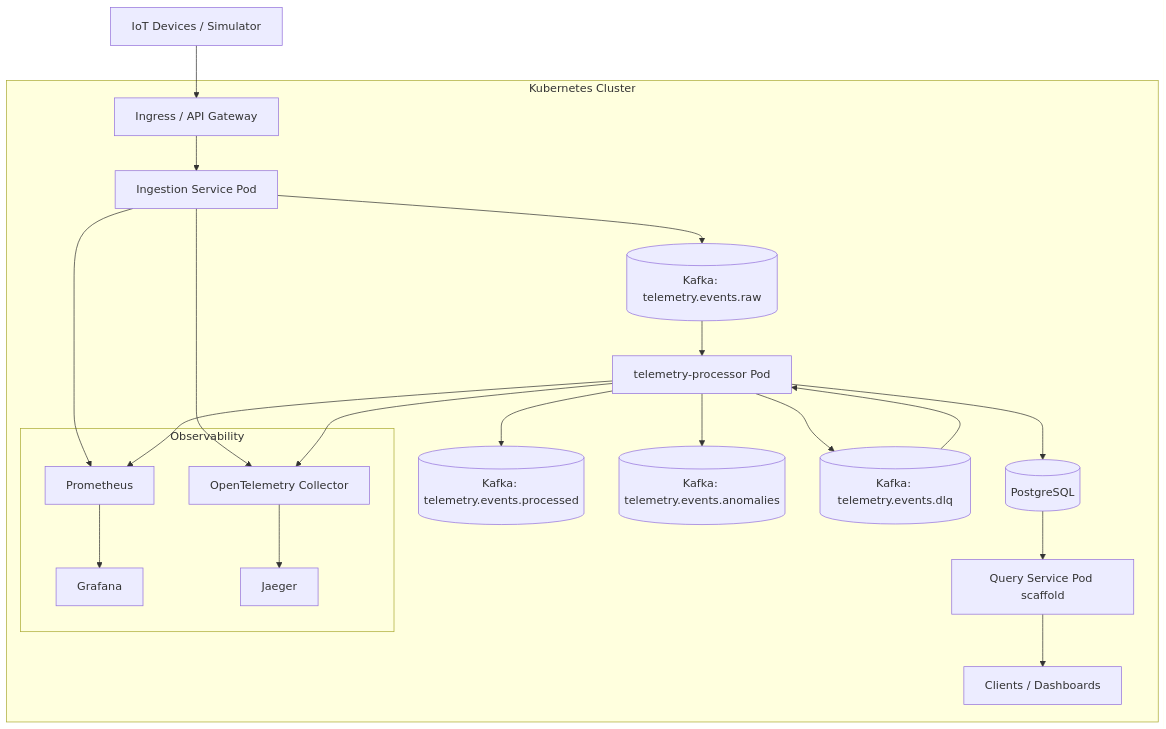
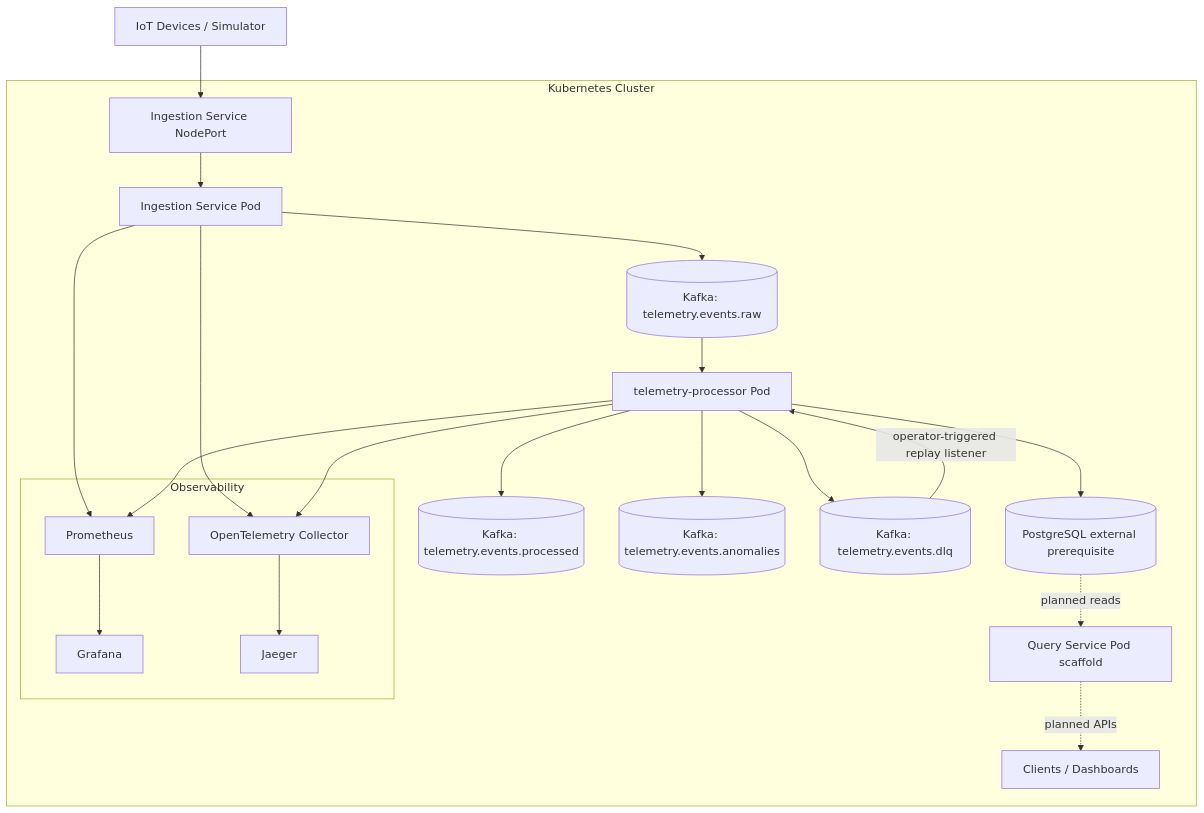
Before and after one commit to ME-Massine/pulsestream: the diagram in docs/diagrams/kubernetes-deployment.md, drawn with Mermaid. The commit also changed other lines of this file and 11 other files, not shown here.

````diff
--- a/docs/diagrams/kubernetes-deployment.md
+++ b/docs/diagrams/kubernetes-deployment.md
@@ -5,37 +5,37 @@
 ```mermaid
 flowchart TB
-    U[IoT Devices / Simulator] --> I[Ingress / API Gateway]
+    U[IoT Devices / Simulator] --> I[Ingestion Service NodePort]
 
     subgraph Kubernetes Cluster
         I --> S1[Ingestion Service Pod]
         S1 --> K1[(Kafka: telemetry.events.raw)]
 
         K1 --> S2[telemetry-processor Pod]
         S2 --> K2[(Kafka: telemetry.events.processed)]
         S2 --> K3[(Kafka: telemetry.events.anomalies)]
         S2 --> K4[(Kafka: telemetry.events.dlq)]
 
-        K4 --> S2
+        K4 -->|operator-triggered replay listener| S2
 
-        S2 --> DB[(PostgreSQL)]
+        S2 --> DB[(PostgreSQL external prerequisite)]
 
-        DB --> S3[Query Service Pod scaffold]
-        S3 --> C[Clients / Dashboards]
+        DB -.->|planned reads| S3[Query Service Pod scaffold]
+        S3 -.->|planned APIs| C[Clients / Dashboards]
 
         subgraph Observability
             P[Prometheus]
             G[Grafana]
             O[OpenTelemetry Collector]
             J[Jaeger]
         end
 
         S1 --> P
         S2 --> P
 
         S1 --> O
         S2 --> O
 
         P --> G
         O --> J
     end
 ```
````
